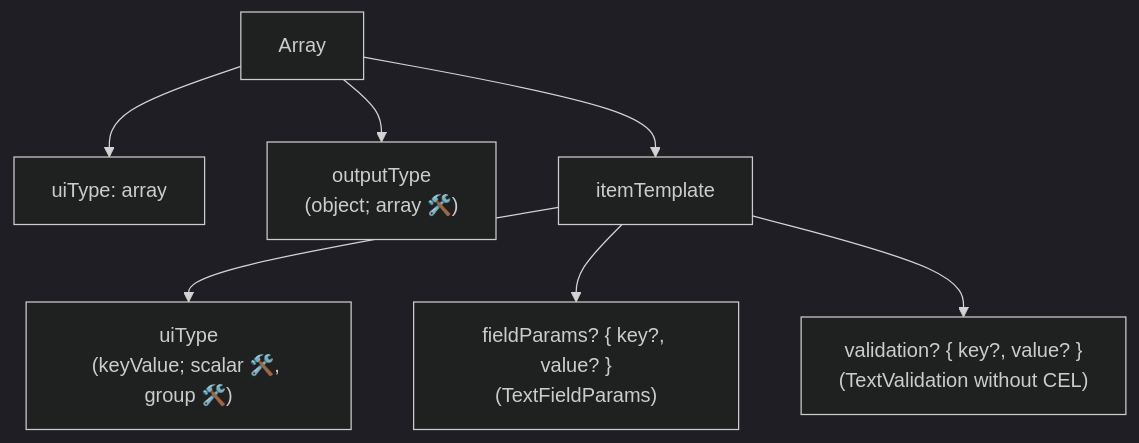
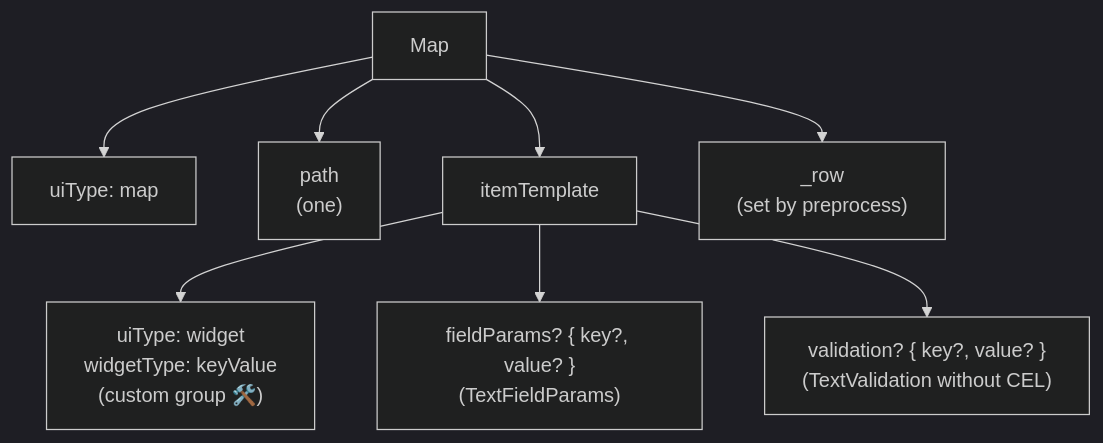
One commit to openeverest/openeverest changed the fourth of 7 diagrams in docs/ui/architecture/ui-generator/schema-reference.md. Above: the diagram before and after it, drawn with Mermaid (dark theme). The commit also changed other lines of this file and 44 other files, not shown here.

First line of the commit message:
feat(ui-generator): turn the array field into a map field (Tech Preview)

````diff
--- a/docs/ui/architecture/ui-generator/schema-reference.md
+++ b/docs/ui/architecture/ui-generator/schema-reference.md
@@ -72,9 +72,10 @@
 ```mermaid
 flowchart TD
-  A["Array"] --> AU["uiType: array"]
-  A --> AO["outputType<br/>(object; array 🛠️)"]
-  A --> AI["itemTemplate"]
-  AI --> AIU["uiType<br/>(keyValue; scalar 🛠️, group 🛠️)"]
-  AI --> AIP["fieldParams? { key?, value? }<br/>(TextFieldParams)"]
-  AI --> AIV["validation? { key?, value? }<br/>(TextValidation without CEL)"]
+  M["Map"] --> MU["uiType: map"]
+  M --> MP["path<br/>(one)"]
+  M --> MI["itemTemplate"]
+  MI --> MIU["uiType: widget<br/>widgetType: keyValue<br/>(custom group 🛠️)"]
+  MI --> MIP["fieldParams? { key?, value? }<br/>(TextFieldParams)"]
+  MI --> MIV["validation? { key?, value? }<br/>(TextValidation without CEL)"]
+  M --> MR["_row<br/>(set by preprocess)"]
 ```
````
